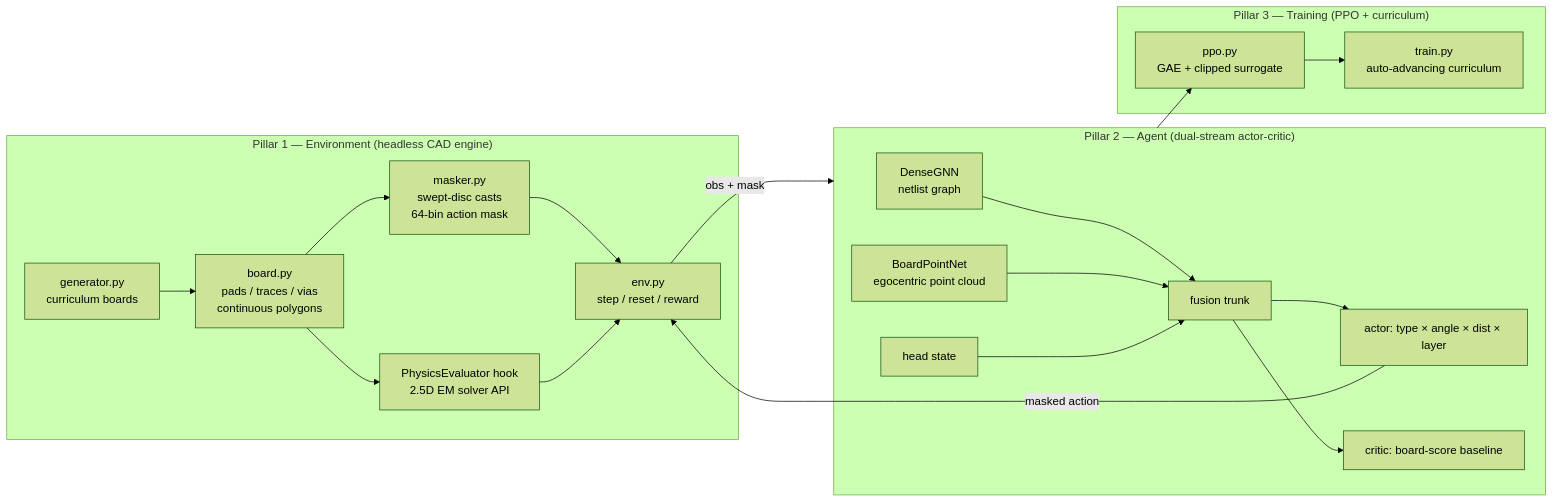
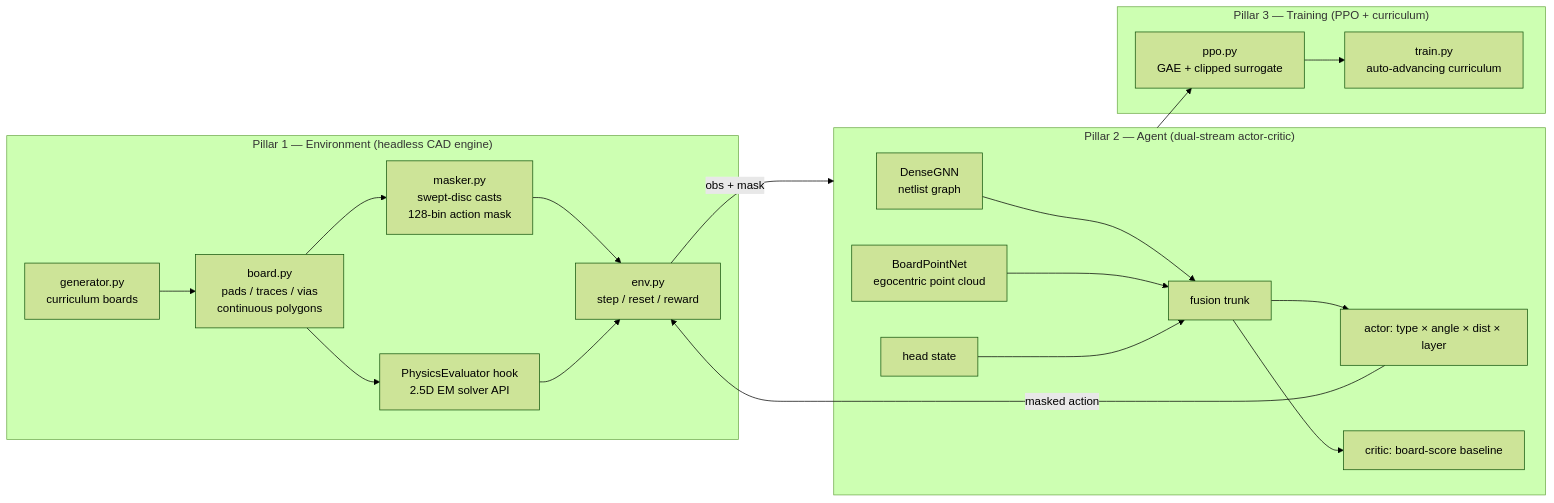
Before and after one commit to Klutzhehe/Router-v2: the diagram in PROJECT.md, drawn with Mermaid (forest theme). The commit also changed other lines of this file and 9 other files, not shown here.

````diff
--- a/PROJECT.md
+++ b/PROJECT.md
@@ -55,23 +55,23 @@
 ```mermaid
 flowchart LR
     subgraph ENV["Pillar 1 — Environment (headless CAD engine)"]
         GEN[generator.py<br/>curriculum boards] --> BRD[board.py<br/>pads / traces / vias<br/>continuous polygons]
-        BRD --> MSK[masker.py<br/>swept-disc casts<br/>64-bin action mask]
+        BRD --> MSK[masker.py<br/>swept-disc casts<br/>128-bin action mask]
         BRD --> PHY[PhysicsEvaluator hook<br/>2.5D EM solver API]
         MSK --> ENVV[env.py<br/>step / reset / reward]
         PHY --> ENVV
     end
     subgraph AGENT["Pillar 2 — Agent (dual-stream actor-critic)"]
         GNNS[DenseGNN<br/>netlist graph] --> FUSE[fusion trunk]
         PNT[BoardPointNet<br/>egocentric point cloud] --> FUSE
         HDS[head state] --> FUSE
         FUSE --> ACT["actor: type × angle × dist × layer"]
         FUSE --> CRT[critic: board-score baseline]
     end
     subgraph TRAIN["Pillar 3 — Training (PPO + curriculum)"]
         PPOO[ppo.py<br/>GAE + clipped surrogate] --> TRN[train.py<br/>auto-advancing curriculum]
     end
     ENVV -- "obs + mask" --> AGENT
     ACT -- "masked action" --> ENVV
     AGENT --> PPOO
 ```
````
